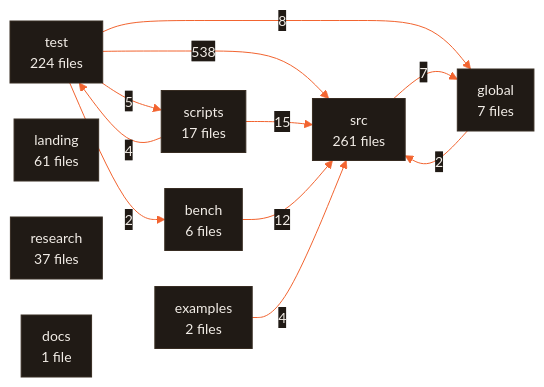
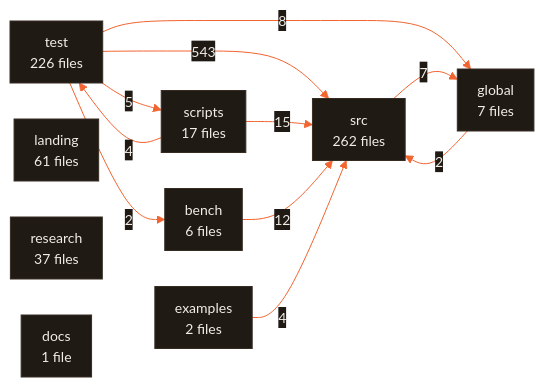
One commit to CodeWithJuber/forgekit changed the diagram in ARCHITECTURE.md. Above: the diagram before and after it, drawn with Mermaid. The commit also changed other lines of this file and 58 other files, not shown here.

````diff
--- a/ARCHITECTURE.md
+++ b/ARCHITECTURE.md
@@ -677,23 +630,23 @@
 ```mermaid
 %%{init: {'theme':'base','themeVariables':{'primaryColor':'#201a15','primaryTextColor':'#f2ede7','primaryBorderColor':'#372c22','lineColor':'#f26430','secondaryColor':'#272019','tertiaryColor':'#171310','edgeLabelBackground':'#201a15','clusterBkg':'#171310','clusterBorder':'#4a3b2e','fontFamily':'ui-sans-serif, system-ui, sans-serif','fontSize':'14px'},'flowchart':{'curve':'basis','padding':10,'nodeSpacing':36,'rankSpacing':44}}}%%
 flowchart LR
-  src["src<br/>261 files"]
-  test["test<br/>224 files"]
+  src["src<br/>262 files"]
+  test["test<br/>226 files"]
   landing["landing<br/>61 files"]
   research["research<br/>37 files"]
   scripts["scripts<br/>17 files"]
   global["global<br/>7 files"]
   bench["bench<br/>6 files"]
   examples["examples<br/>2 files"]
   docs["docs<br/>1 file"]
-  test -- 538 --> src
+  test -- 543 --> src
   scripts -- 15 --> src
   bench -- 12 --> src
   test -- 8 --> global
   src -- 7 --> global
   test -- 5 --> scripts
   examples -- 4 --> src
   scripts -- 4 --> test
   global -- 2 --> src
   test -- 2 --> bench
 ```
````
